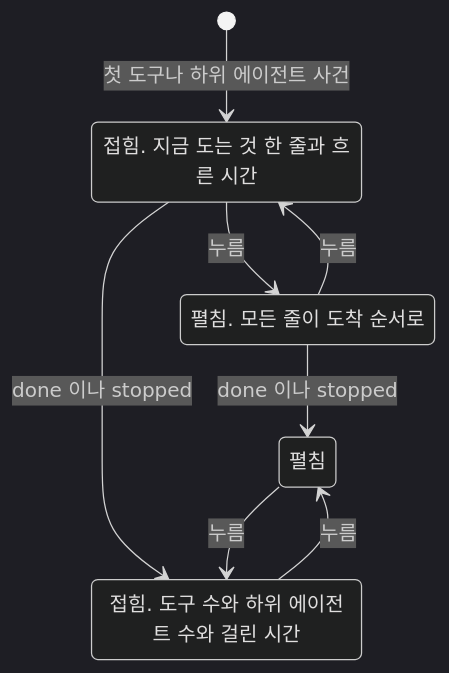
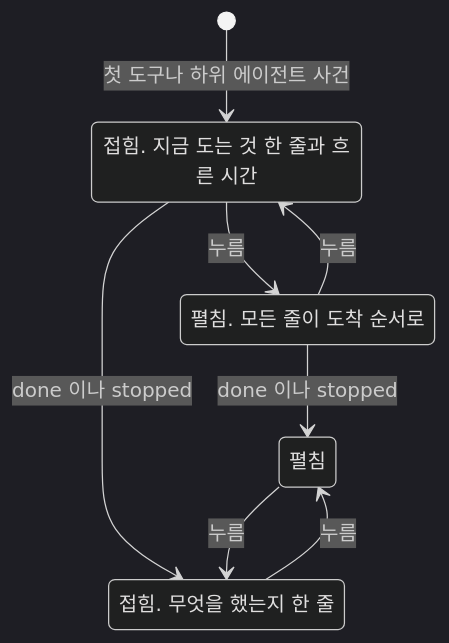
One commit to jon890/fos-assistant changed diagram 20 of 28 in docs/flow.md. Above: the diagram before and after it, drawn with Mermaid (dark theme). The commit also changed other lines of this file and 6 other files, not shown here.

````diff
--- a/docs/flow.md
+++ b/docs/flow.md
@@ -1193,14 +1213,14 @@
 ```mermaid
 stateDiagram-v2
     [*] --> 접힘_진행: 첫 도구나 하위 에이전트 사건
     접힘_진행: 접힘. 지금 도는 것 한 줄과 흐른 시간
     펼침_진행: 펼침. 모든 줄이 도착 순서로
-    접힘_끝: 접힘. 도구 수와 하위 에이전트 수와 걸린 시간
+    접힘_끝: 접힘. 무엇을 했는지 한 줄
     펼침_끝: 펼침
     접힘_진행 --> 펼침_진행: 누름
     펼침_진행 --> 접힘_진행: 누름
     접힘_진행 --> 접힘_끝: done 이나 stopped
     펼침_진행 --> 펼침_끝: done 이나 stopped
     접힘_끝 --> 펼침_끝: 누름
     펼침_끝 --> 접힘_끝: 누름
 ```
````
